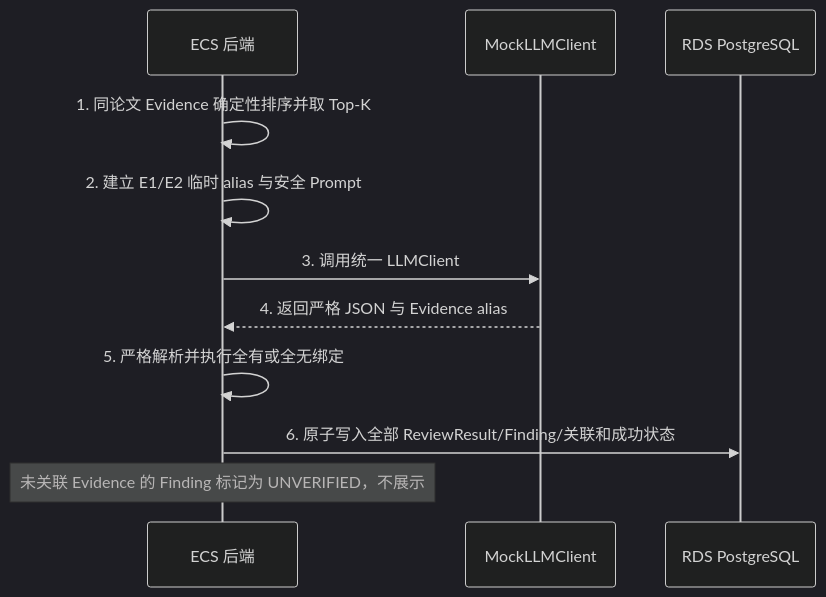
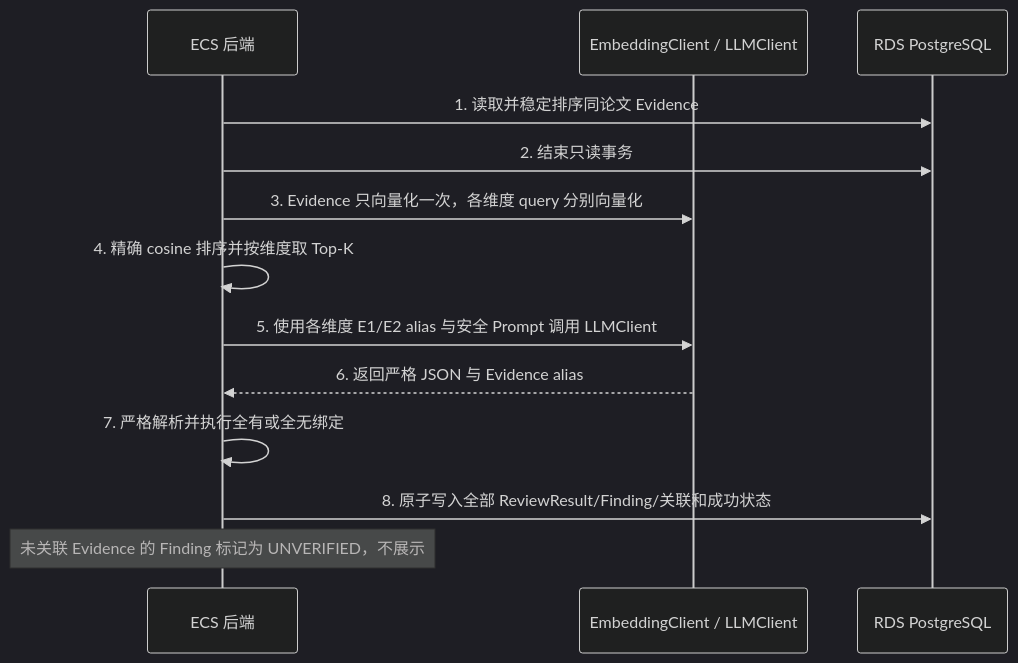
Before and after one commit to falconousZhang/PaperLens: the fourth of 5 diagrams in ProjectDocs/systemDesign/02-架构设计.md, drawn with Mermaid (dark theme). The commit also changed other lines of this file and 133 other files, not shown here.

````diff
--- a/ProjectDocs/systemDesign/02-架构设计.md
+++ b/ProjectDocs/systemDesign/02-架构设计.md
@@ -289,14 +289,16 @@
 ```mermaid
 sequenceDiagram
     participant E as ECS 后端
-    participant M as MockLLMClient
+    participant M as EmbeddingClient / LLMClient
     participant D as RDS PostgreSQL
 
-    E->>E: 1. 同论文 Evidence 确定性排序并取 Top-K
-    E->>E: 2. 建立 E1/E2 临时 alias 与安全 Prompt
-    E->>M: 3. 调用统一 LLMClient
-    M-->>E: 4. 返回严格 JSON 与 Evidence alias
-    E->>E: 5. 严格解析并执行全有或全无绑定
-    E->>D: 6. 原子写入全部 ReviewResult/Finding/关联和成功状态
+    E->>D: 1. 读取并稳定排序同论文 Evidence
+    E->>D: 2. 结束只读事务
+    E->>M: 3. Evidence 只向量化一次，各维度 query 分别向量化
+    E->>E: 4. 精确 cosine 排序并按维度取 Top-K
+    E->>M: 5. 使用各维度 E1/E2 alias 与安全 Prompt 调用 LLMClient
+    M-->>E: 6. 返回严格 JSON 与 Evidence alias
+    E->>E: 7. 严格解析并执行全有或全无绑定
+    E->>D: 8. 原子写入全部 ReviewResult/Finding/关联和成功状态
     Note over E: 未关联 Evidence 的 Finding 标记为 UNVERIFIED，不展示
 ```
````
